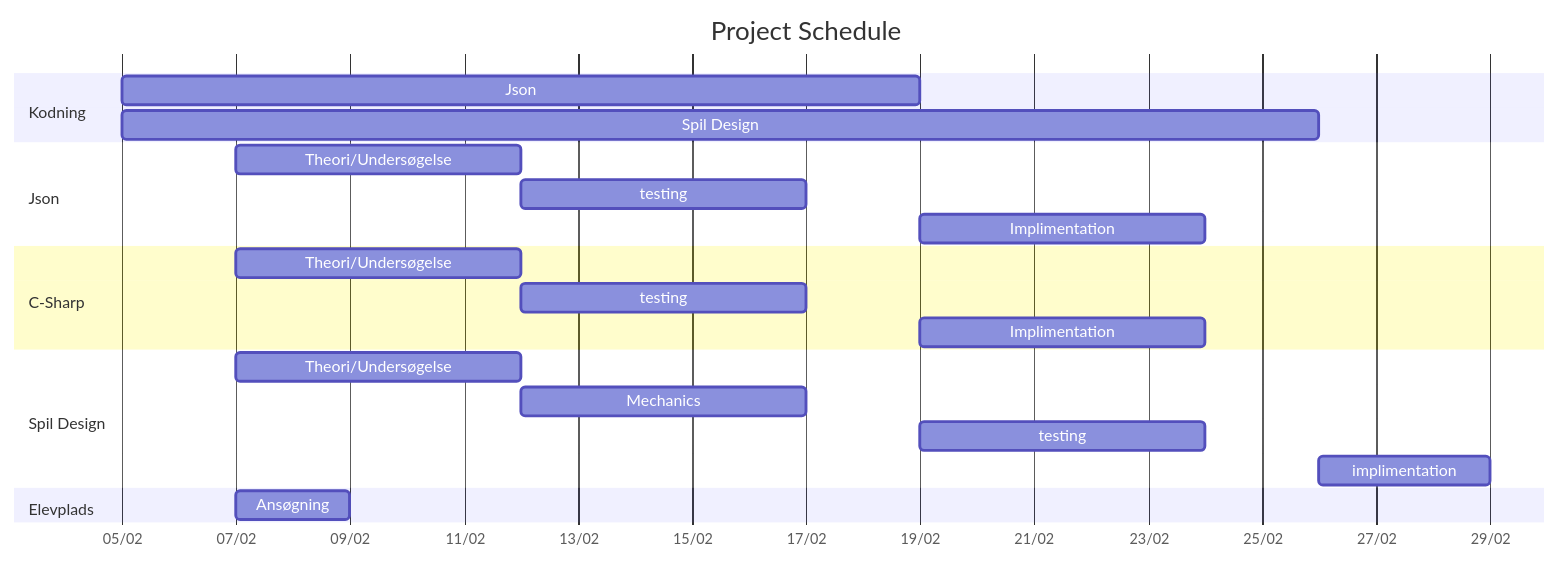
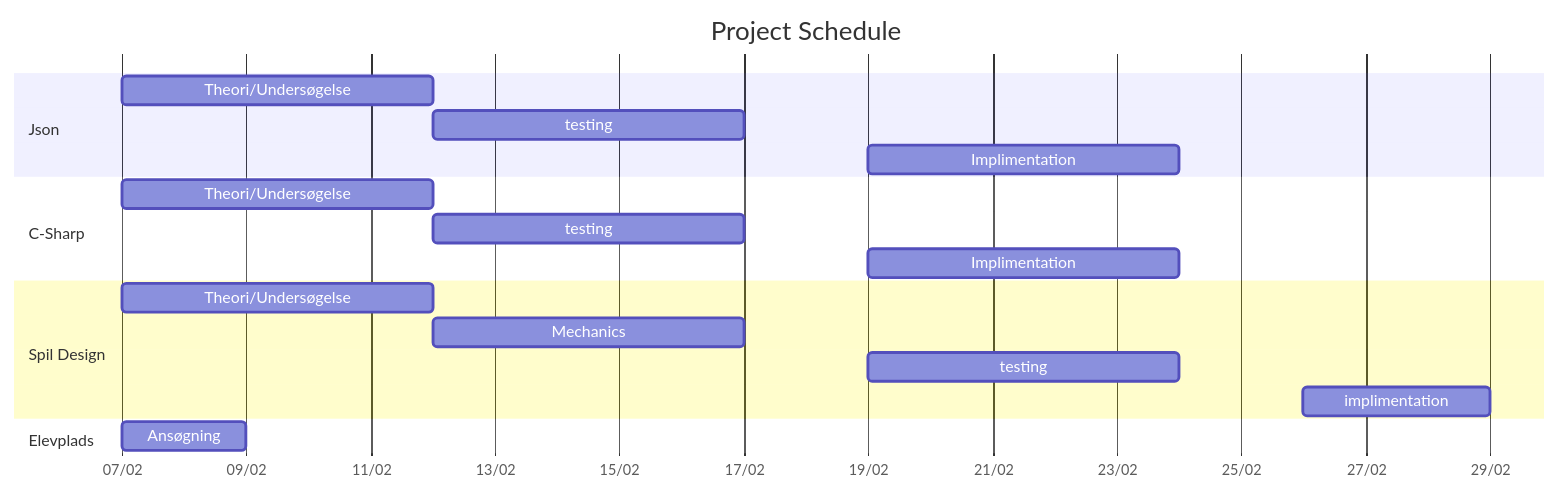
The diagram in README.md (Napow-git/TEC-P1), drawn with Mermaid before and after one commit.

````diff
--- a/README.md
+++ b/README.md
@@ -3,52 +3,46 @@
 ```mermaid
 
 gantt
 
     title Project Schedule
 
     dateFormat DD-MM-YYYY
 
     axisFormat %d/%m
 
- 
 
-    section Kodning
-
-    Json: 05-02-2024, 14d
-
-    Spil Design : 05-02-2024, 21d
 
     section Json
 
     Theori/Undersøgelse: 07-02-2024, 5d
 
     testing: 12-02-2024, 5d
 
     Implimentation: 19-02-2024, 5d
 
     
 
     section C-Sharp
 
     Theori/Undersøgelse: 07-02-2024, 5d
 
     testing: 12-02-2024, 5d
 
     Implimentation: 19-02-2024, 5d
 
 
     section Spil Design
 
     Theori/Undersøgelse: 07-02-2024, 5d
 
     Mechanics: 12-02-2024, 5d
 
     testing: 19-02-2024, 5d
 
     implimentation: 26-02-2024, 3d
 
     section Elevplads
 
     Ansøgning : 07-02-2024, 2d
 
 ```
````
